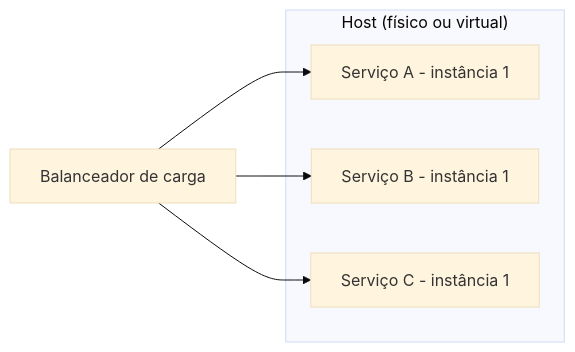
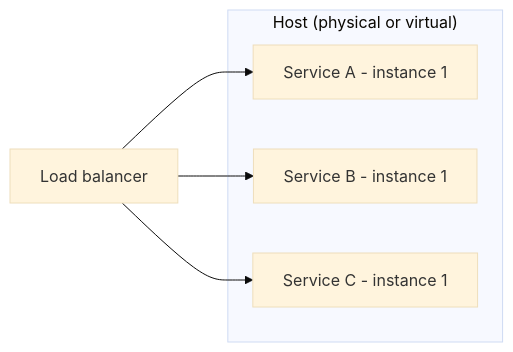
One commit to alancesar/design-patterns changed the diagram in docs/architecture/microservices/deployment/multiple-service-instances-per-host.md. Above: the diagram before and after it, drawn with Mermaid (base theme). The commit also changed 258 other files, not shown here.

First line of the commit message:
Translate Mermaid diagrams to English

````diff
--- a/docs/architecture/microservices/deployment/multiple-service-instances-per-host.md
+++ b/docs/architecture/microservices/deployment/multiple-service-instances-per-host.md
@@ -53,11 +53,11 @@
 ```mermaid
 flowchart LR
-    subgraph Host["Host (físico ou virtual)"]
-        A["Serviço A - instância 1"]
-        B["Serviço B - instância 1"]
-        C["Serviço C - instância 1"]
+    subgraph Host["Host (physical or virtual)"]
+        A["Service A - instance 1"]
+        B["Service B - instance 1"]
+        C["Service C - instance 1"]
     end
-    LB["Balanceador de carga"] --> A
+    LB["Load balancer"] --> A
     LB --> B
     LB --> C
 ```
````
